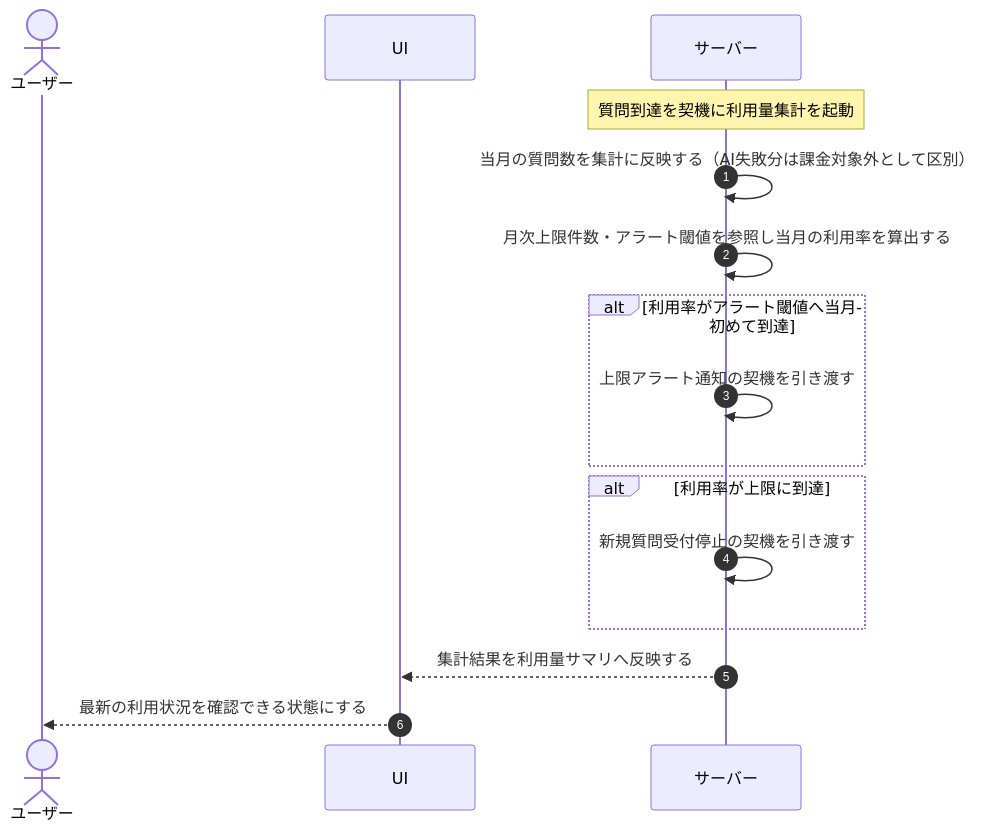
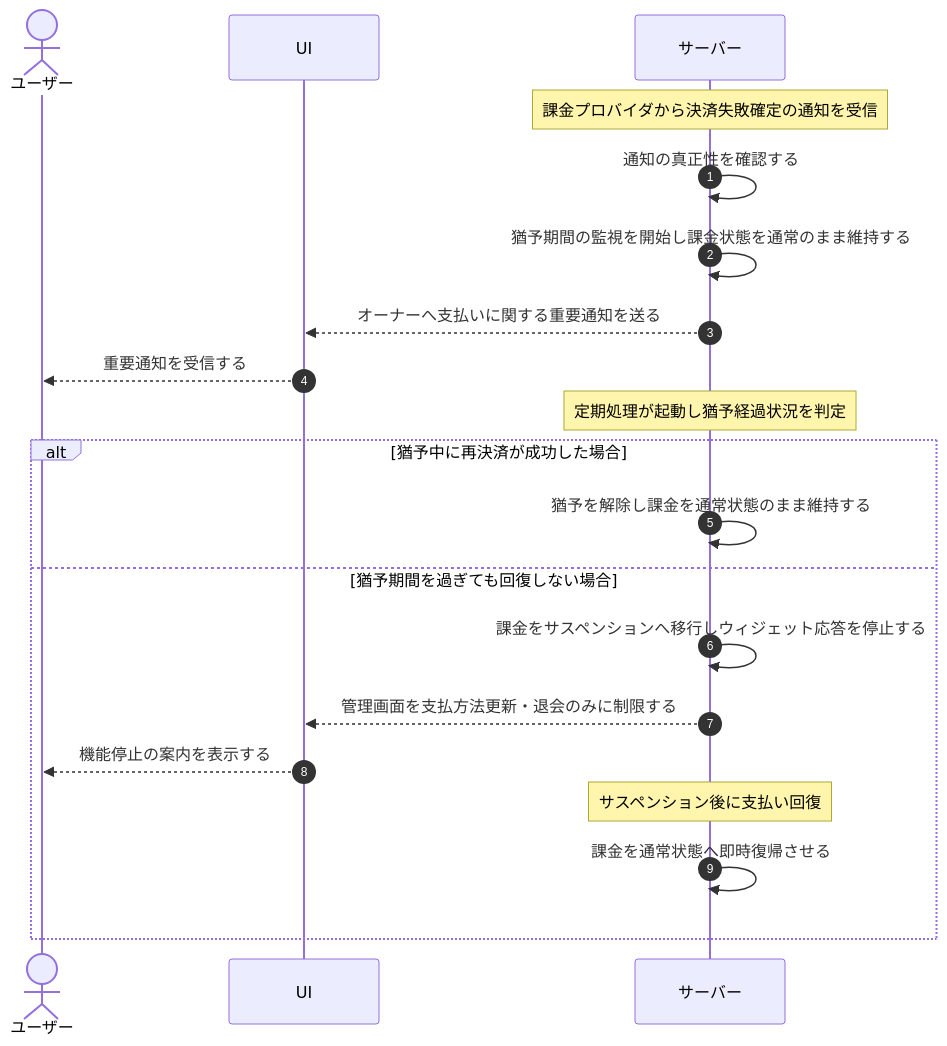
Before and after one commit to sikakou54/open-faq: the diagram in 01_requirements/04_business_usecases/UC-055.md, drawn with Mermaid. The commit also changed other lines of this file and 395 other files, not shown here.

````diff
--- a/01_requirements/04_business_usecases/UC-055.md
+++ b/01_requirements/04_business_usecases/UC-055.md
@@ -26,22 +28,26 @@
 ```mermaid
 sequenceDiagram
   autonumber
   actor U as ユーザー
   participant UI as UI
   participant S as サーバー
 
-  Note over S: 質問到達を契機に利用量集計を起動
-  S->>S: 当月の質問数を集計に反映する（AI失敗分は課金対象外として区別）
-  S->>S: 月次上限件数・アラート閾値を参照し当月の利用率を算出する
+  Note over S: 課金プロバイダから決済失敗確定の通知を受信
+  S->>S: 通知の真正性を確認する
+  S->>S: 猶予期間の監視を開始し課金状態を通常のまま維持する
+  S-->>UI: オーナーへ支払いに関する重要通知を送る
+  UI-->>U: 重要通知を受信する
 
-  alt 利用率がアラート閾値へ当月初めて到達
-    S->>S: 上限アラート通知の契機を引き渡す
+  Note over S: 定期処理が起動し猶予経過状況を判定
+
+  alt 猶予中に再決済が成功した場合
+    S->>S: 猶予を解除し課金を通常状態のまま維持する
+  else 猶予期間を過ぎても回復しない場合
+    S->>S: 課金をサスペンションへ移行しウィジェット応答を停止する
+    S-->>UI: 管理画面を支払方法更新・退会のみに制限する
+    UI-->>U: 機能停止の案内を表示する
+
+    Note over S: サスペンション後に支払い回復
+    S->>S: 課金を通常状態へ即時復帰させる
   end
-
-  alt 利用率が上限に到達
-    S->>S: 新規質問受付停止の契機を引き渡す
-  end
-
-  S-->>UI: 集計結果を利用量サマリへ反映する
-  UI-->>U: 最新の利用状況を確認できる状態にする
 ```
````
